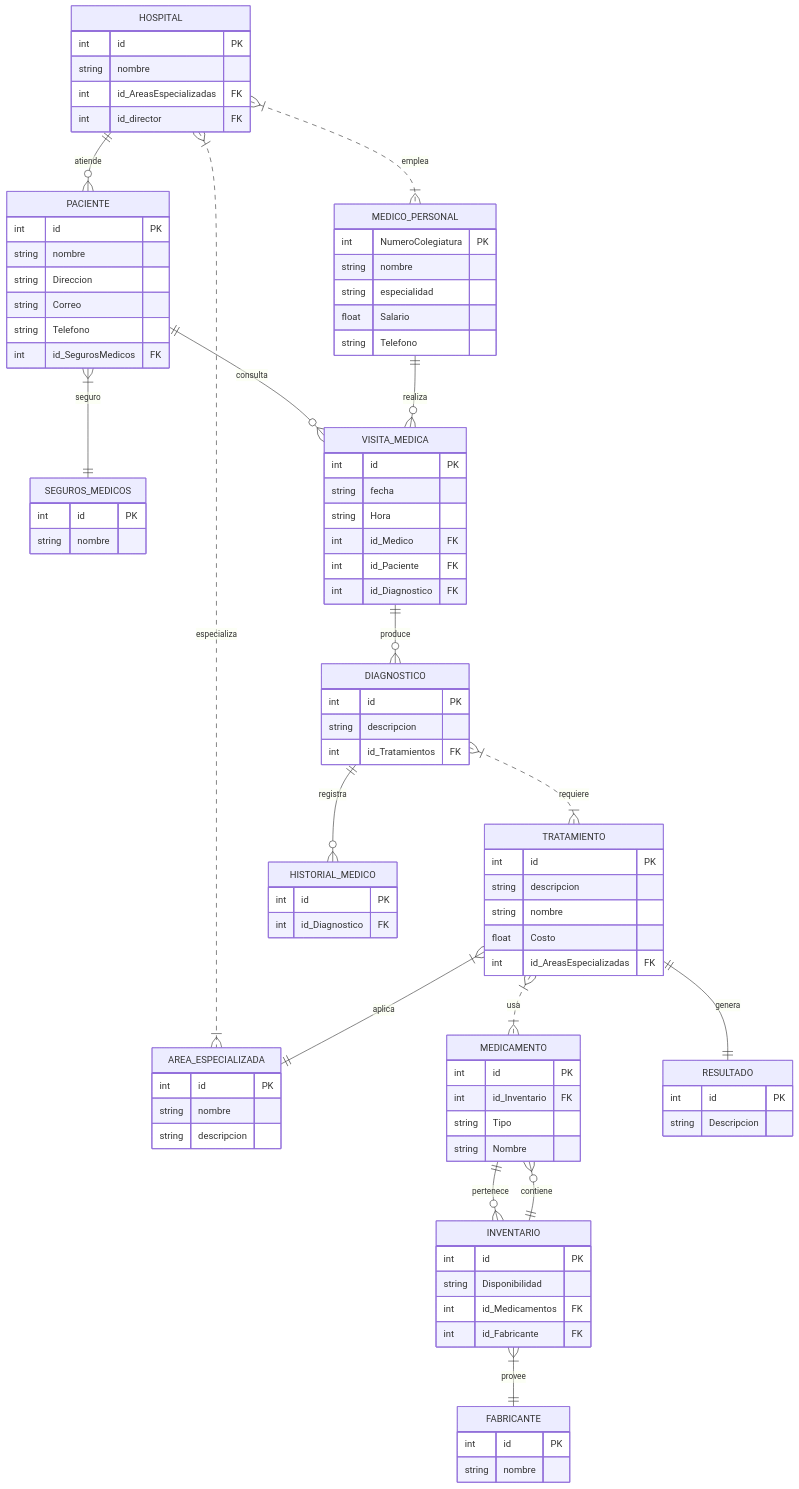
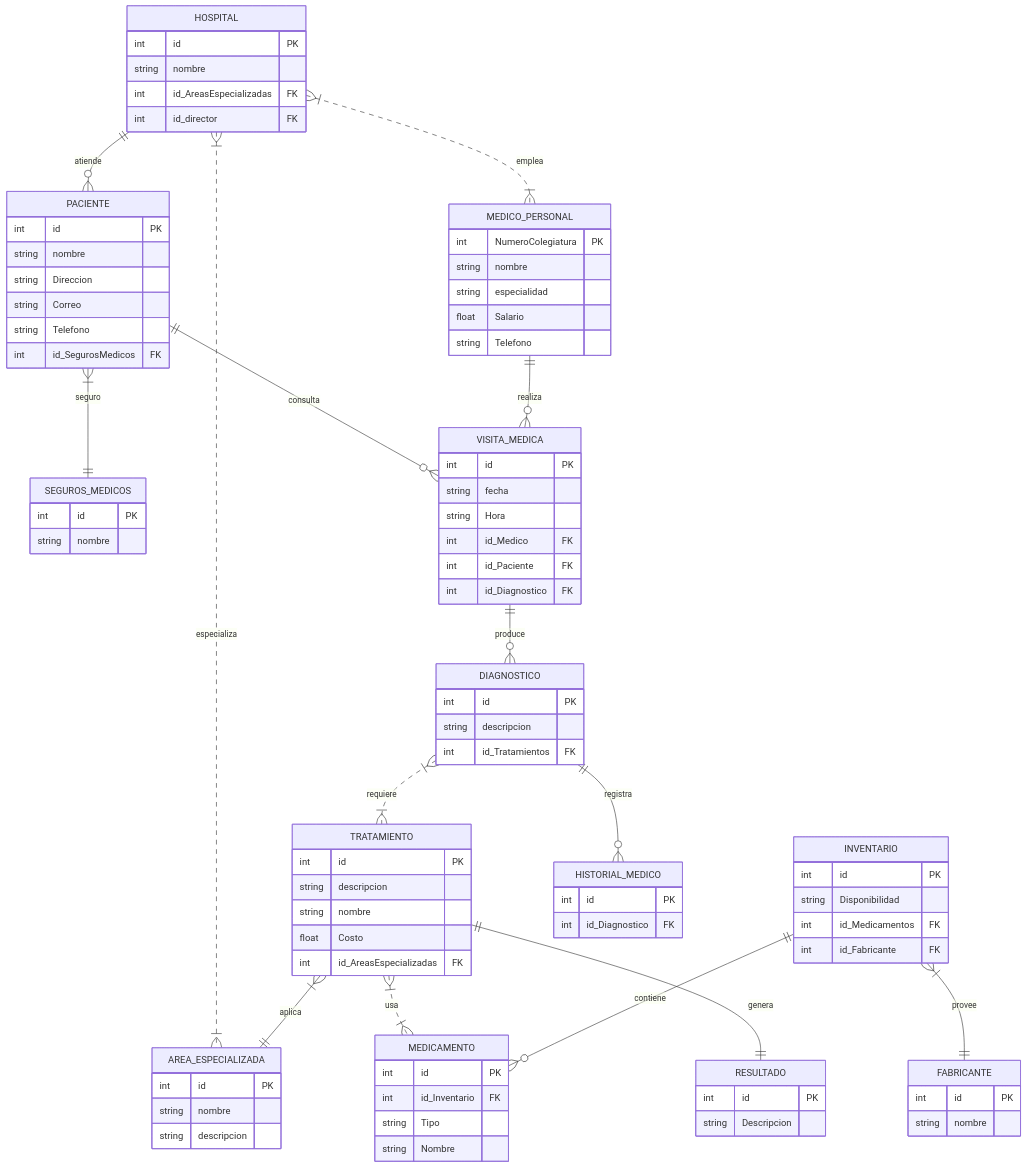
One commit to Maria-Juliana-Saavedra-Mejia/Proyecto_MongoDB_S1_SaavedraMaria_SantoyoJuan changed the second of 2 diagrams in README.md. Above: the diagram before and after it, drawn with Mermaid. The commit also changed other lines of this file, not shown here.

```diff
--- a/README.md
+++ b/README.md
@@ -726,7 +772,6 @@
     DIAGNOSTICO }|..|{ TRATAMIENTO : requiere
     TRATAMIENTO }|--|| AREA_ESPECIALIZADA : aplica
     TRATAMIENTO }|..|{ MEDICAMENTO : usa
-    MEDICAMENTO ||--o{ INVENTARIO : pertenece
     INVENTARIO ||--o{ MEDICAMENTO : contiene
     INVENTARIO }|--|| FABRICANTE : provee
     TRATAMIENTO ||--|| RESULTADO : genera
```
